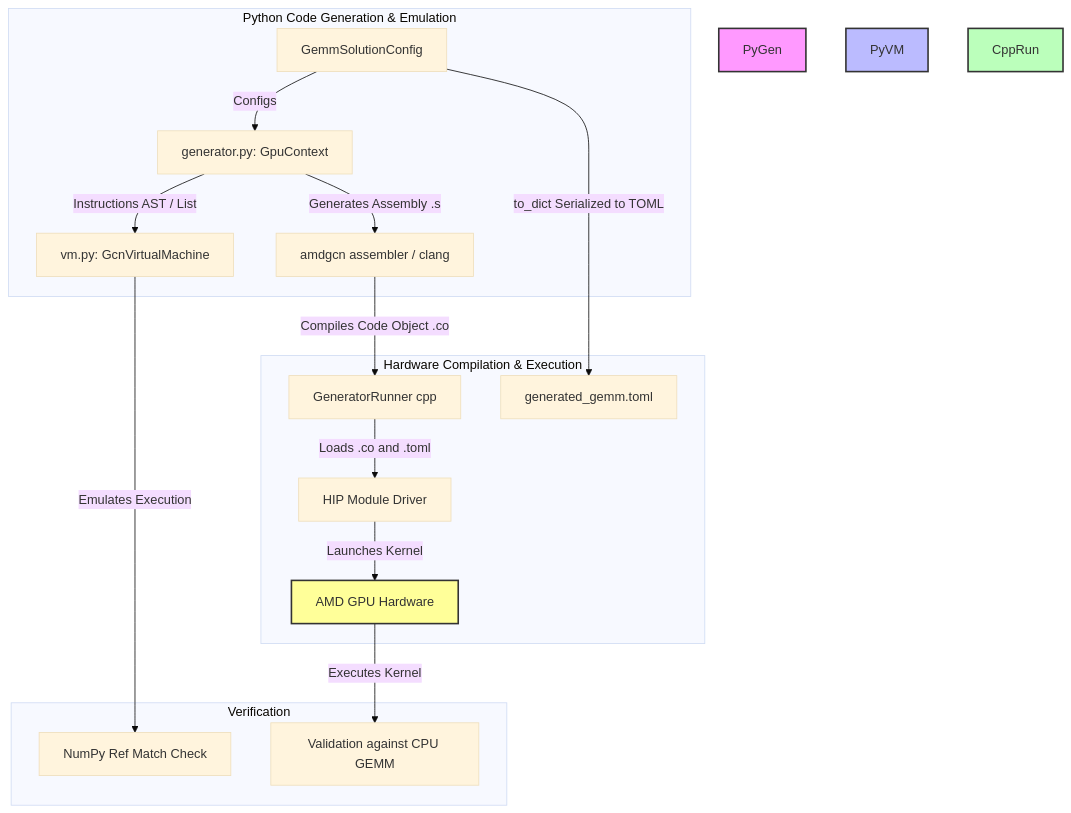
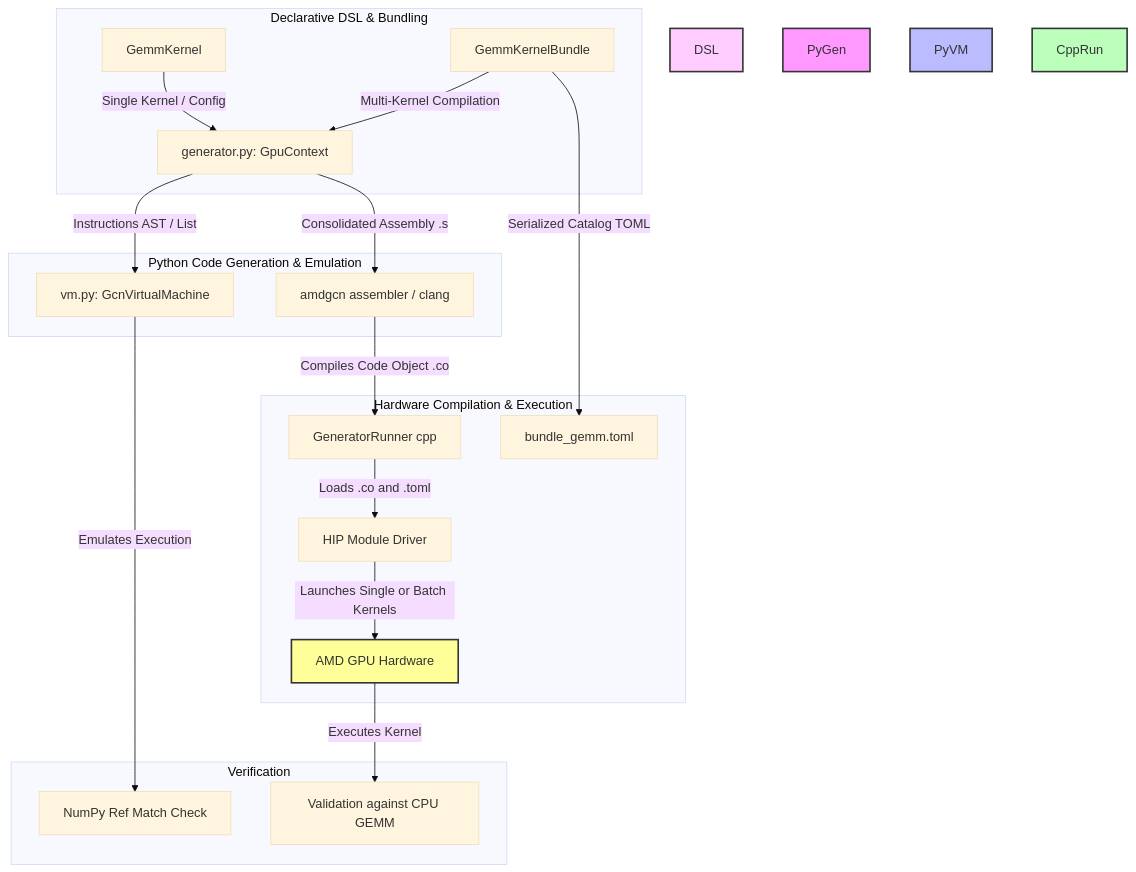
The diagram in AGENTS.md (Serge45/amdgpu-arch-gemm), drawn with Mermaid (base theme) before and after one commit. The commit also changed other lines of this file and 16 other files, not shown here.

First line of the commit message:
feat: add multi-kernel bundling, transpose modes, and workgroup mapping

````diff
--- a/AGENTS.md
+++ b/AGENTS.md
@@ -11,30 +11,35 @@
 ```mermaid
 graph TD
     %% Define styles for clarity
+    style DSL fill:#fcf,stroke:#333,stroke-width:2px
     style PyGen fill:#f9f,stroke:#333,stroke-width:2px
     style PyVM fill:#bbf,stroke:#333,stroke-width:2px
     style CppRun fill:#bfb,stroke:#333,stroke-width:2px
     style HW fill:#ff9,stroke:#333,stroke-width:2px
 
     %% Flow definition
+    subgraph Declarative DSL & Bundling
+        D0[GemmKernel] -->|Single Kernel / Config| B[generator.py: GpuContext]
+        D1[GemmKernelBundle] -->|Multi-Kernel Compilation| B
+    end
+
     subgraph Python Code Generation & Emulation
-        A[GemmSolutionConfig] -->|Configs| B[generator.py: GpuContext]
         B -->|Instructions AST / List| C[vm.py: GcnVirtualMachine]
-        B -->|Generates Assembly .s| D[amdgcn assembler / clang]
+        B -->|Consolidated Assembly .s| D[amdgcn assembler / clang]
     end
 
     subgraph Hardware Compilation & Execution
         D -->|Compiles Code Object .co| E[GeneratorRunner cpp]
-        A -->|to_dict Serialized to TOML| F[generated_gemm.toml]
+        D1 -->|Serialized Catalog TOML| F[bundle_gemm.toml]
         E -->|Loads .co and .toml| G[HIP Module Driver]
-        G -->|Launches Kernel| HW[AMD GPU Hardware]
+        G -->|Launches Single or Batch Kernels| HW[AMD GPU Hardware]
     end
 
     subgraph Verification
         C -->|Emulates Execution| V[NumPy Ref Match Check]
         HW -->|Executes Kernel| H[Validation against CPU GEMM]
     end
 
     classDef python fill:#eef,stroke:#333,stroke-width:1px;
     classDef cpp fill:#efe,stroke:#333,stroke-width:1px;
 ```
````
